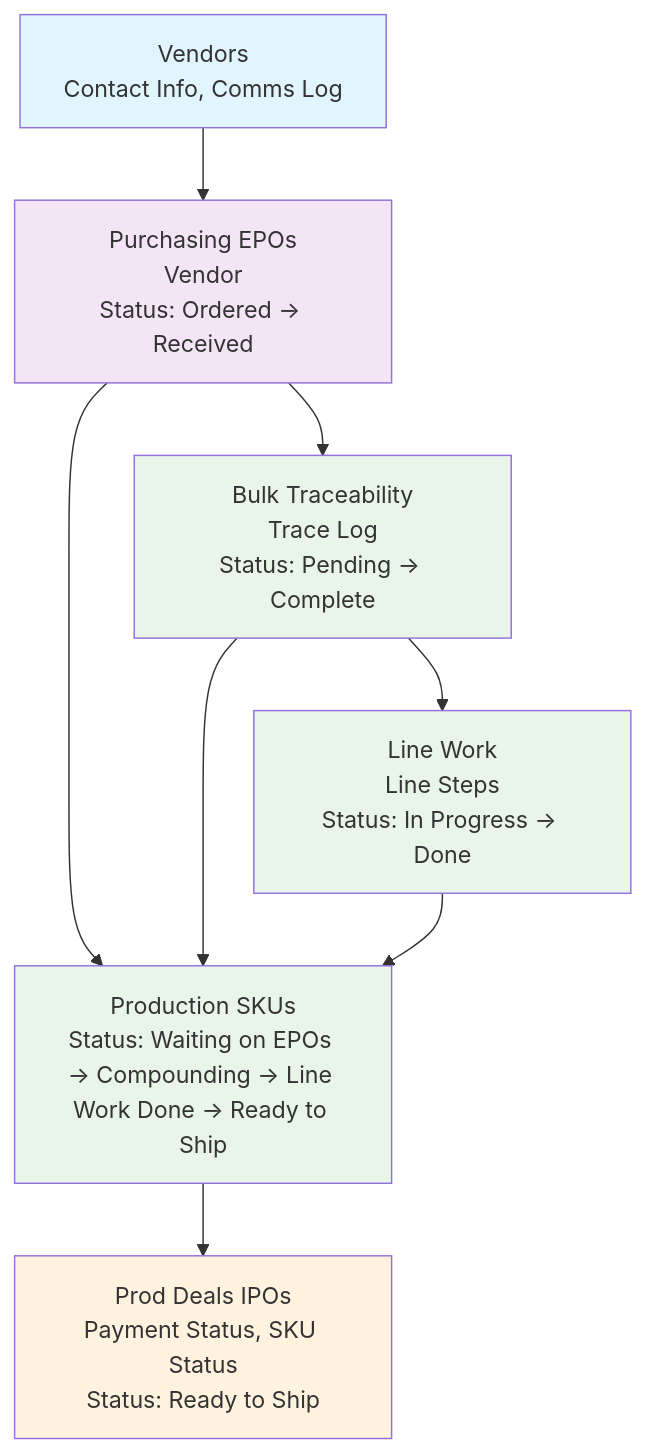
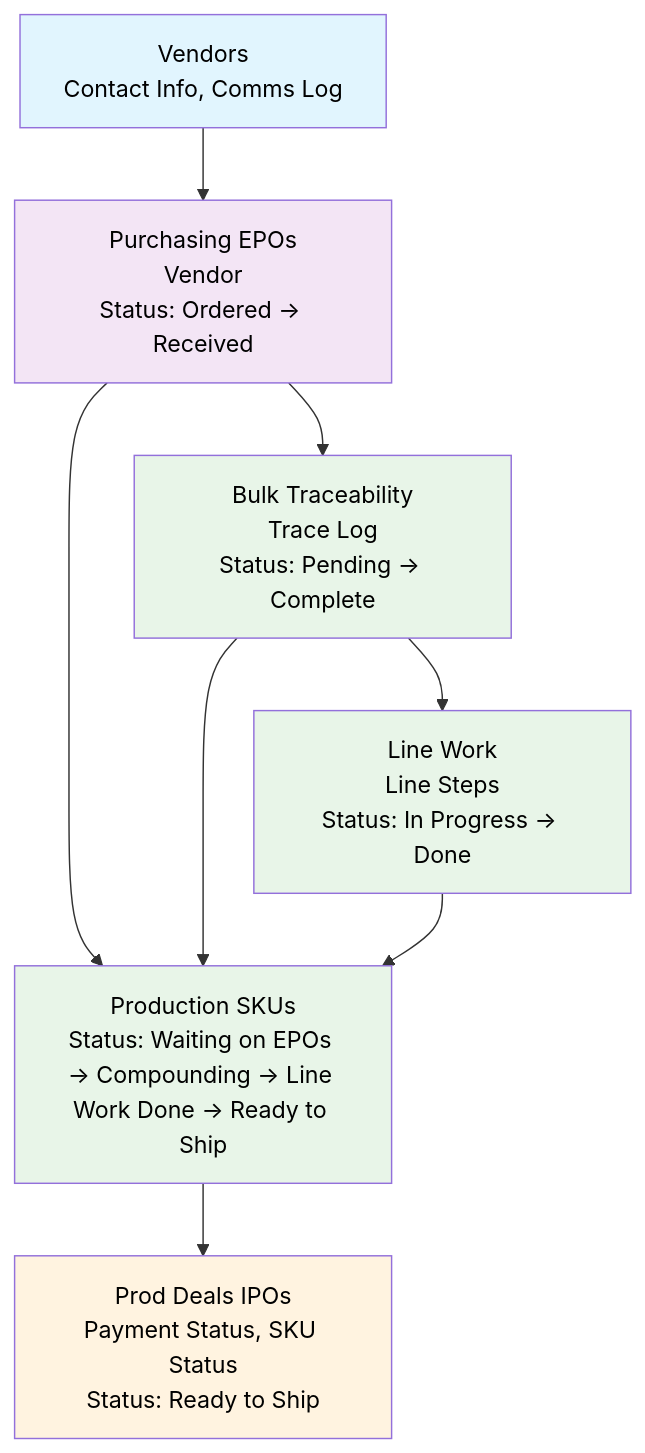
The diagram in diagrams/sessions/accounts-prod-pipeline/prompt-driven/workflow-dependencies-map.mmd (ldraney/primacy-stack), drawn with Mermaid before and after one commit.

Commit message:
updated text color

```diff
--- a/diagrams/sessions/accounts-prod-pipeline/prompt-driven/workflow-dependencies-map.mmd
+++ b/diagrams/sessions/accounts-prod-pipeline/prompt-driven/workflow-dependencies-map.mmd
@@ -1,27 +1,27 @@
 graph TD
     V[Vendors<br/>Contact Info, Comms Log] 
     P[Purchasing EPOs<br/>Vendor<br/>Status: Ordered → Received]
     B[Bulk Traceability<br/>Trace Log<br/>Status: Pending → Complete]
     L[Line Work<br/>Line Steps<br/>Status: In Progress → Done]
     S[Production SKUs<br/>Status: Waiting on EPOs → Compounding → Line Work Done → Ready to Ship]
     D[Prod Deals IPOs<br/>Payment Status, SKU Status<br/>Status: Ready to Ship]
 
     %% Dependencies (Blocked By relationships)
     V --> P
     P --> B
     B --> L
     P --> S
     B --> S
     L --> S
     S --> D
 
     %% Styling
-    classDef vendor fill:#e1f5fe
-    classDef purchasing fill:#f3e5f5
-    classDef production fill:#e8f5e8
-    classDef deals fill:#fff3e0
+    classDef vendor fill:#e1f5fe,color:#000000
+    classDef purchasing fill:#f3e5f5,color:#000000
+    classDef production fill:#e8f5e8,color:#000000
+    classDef deals fill:#fff3e0,color:#000000
     
     class V vendor
     class P purchasing
     class B,L,S production
     class D deals
```
